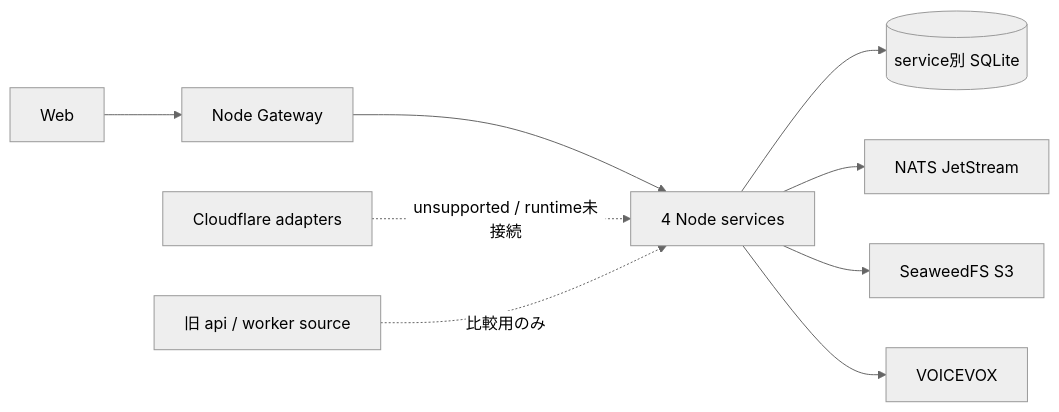
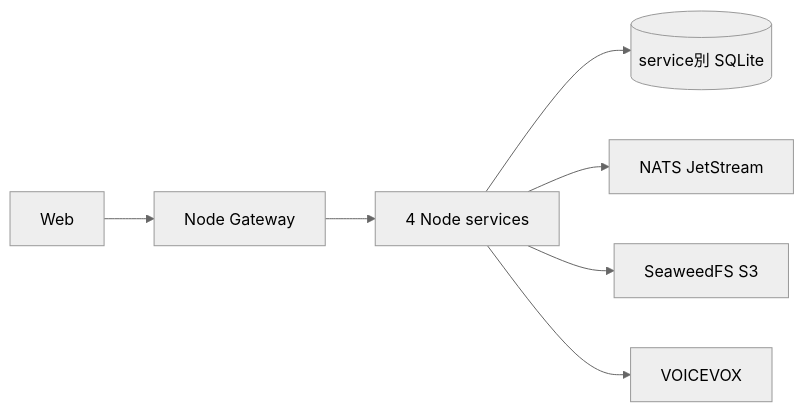
Before and after one commit to r4ai/news-podcast: the diagram in docs/adr/0039-support-node-self-host-runtime-only.md, drawn with Mermaid (neutral theme). The commit also changed other lines of this file and 8 other files, not shown here.

Commit message:
docs(architecture): record legacy removal

````diff
--- a/docs/adr/0039-support-node-self-host-runtime-only.md
+++ b/docs/adr/0039-support-node-self-host-runtime-only.md
@@ -22,11 +26,9 @@
 ```mermaid
 flowchart LR
   Web["Web"] --> Gateway["Node Gateway"]
   Gateway --> Services["4 Node services"]
   Services --> SQLite[("service別 SQLite")]
   Services --> NATS["NATS JetStream"]
   Services --> S3["SeaweedFS S3"]
   Services --> TTS["VOICEVOX"]
-  Cloud["Cloudflare adapters"] -. "unsupported / runtime未接続" .-> Services
-  Legacy["旧 api / worker source"] -. "比較用のみ" .-> Services
 ```
````
